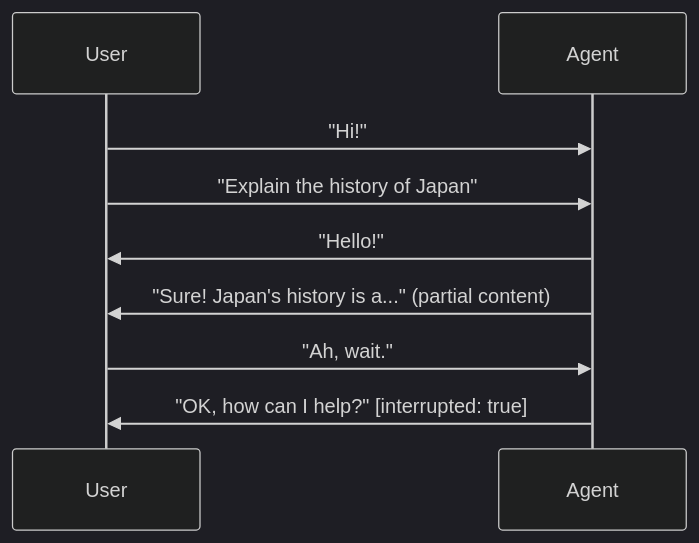
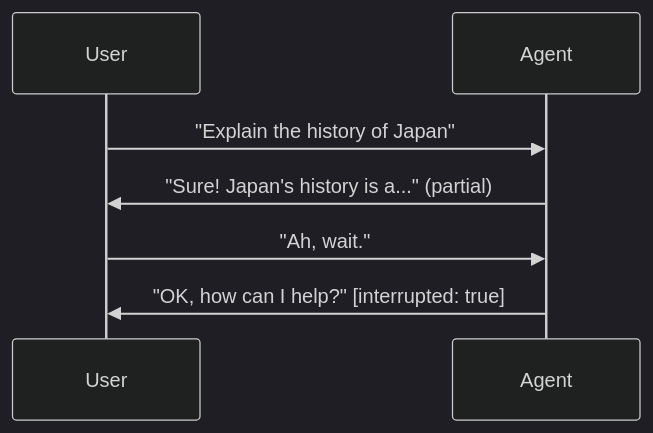
One commit to google/adk-docs changed the diagram in docs/live/index.md. Above: the diagram before and after it, drawn with Mermaid (dark theme). The commit also changed other lines of this file and 16 other files, not shown here.

````diff
--- a/docs/live/index.md
+++ b/docs/live/index.md
@@ -84,13 +82,10 @@
 ```mermaid
 sequenceDiagram
     participant Client as User
     participant Agent
 
-    Client->>Agent: "Hi!"
     Client->>Agent: "Explain the history of Japan"
-    Agent->>Client: "Hello!"
-    Agent->>Client: "Sure! Japan's history is a..." (partial content)
+    Agent->>Client: "Sure! Japan's history is a..." (partial)
     Client->>Agent: "Ah, wait."
-
     Agent->>Client: "OK, how can I help?" [interrupted: true]
 ```
````
